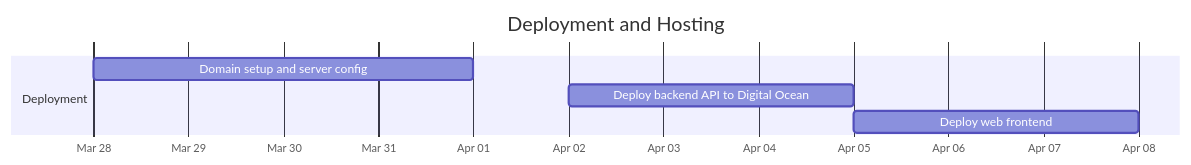
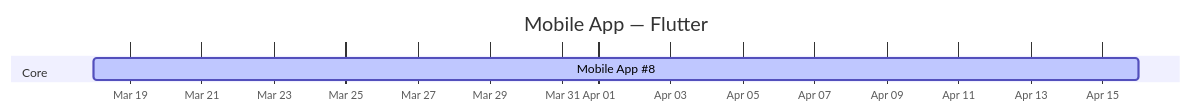
The fourth of 6 diagrams in GANTT.md (LuizGomes56/poosd_final_project), drawn with Mermaid before and after one commit. The commit also changed other lines of this file and 1 other file, not shown here.

Commit message:
updated readme and gantt chart

````diff
--- a/GANTT.md
+++ b/GANTT.md
@@ -122,11 +111,9 @@
 ```mermaid
 gantt
-    title Deployment and Hosting
+    title Mobile App — Flutter
     dateFormat  YYYY-MM-DD
     axisFormat  %b %d
-
-    section Deployment
-    Domain setup and server config         : dep1, 2026-03-28, 2026-04-01
-    Deploy backend API to Digital Ocean    : dep2, 2026-04-02, 2026-04-05
-    Deploy web frontend                    : dep3, 2026-04-05, 2026-04-08
+ 
+    section Core
+    Mobile App #8                          :active, mob1, 2026-03-18, 2026-04-16
 ```
````
